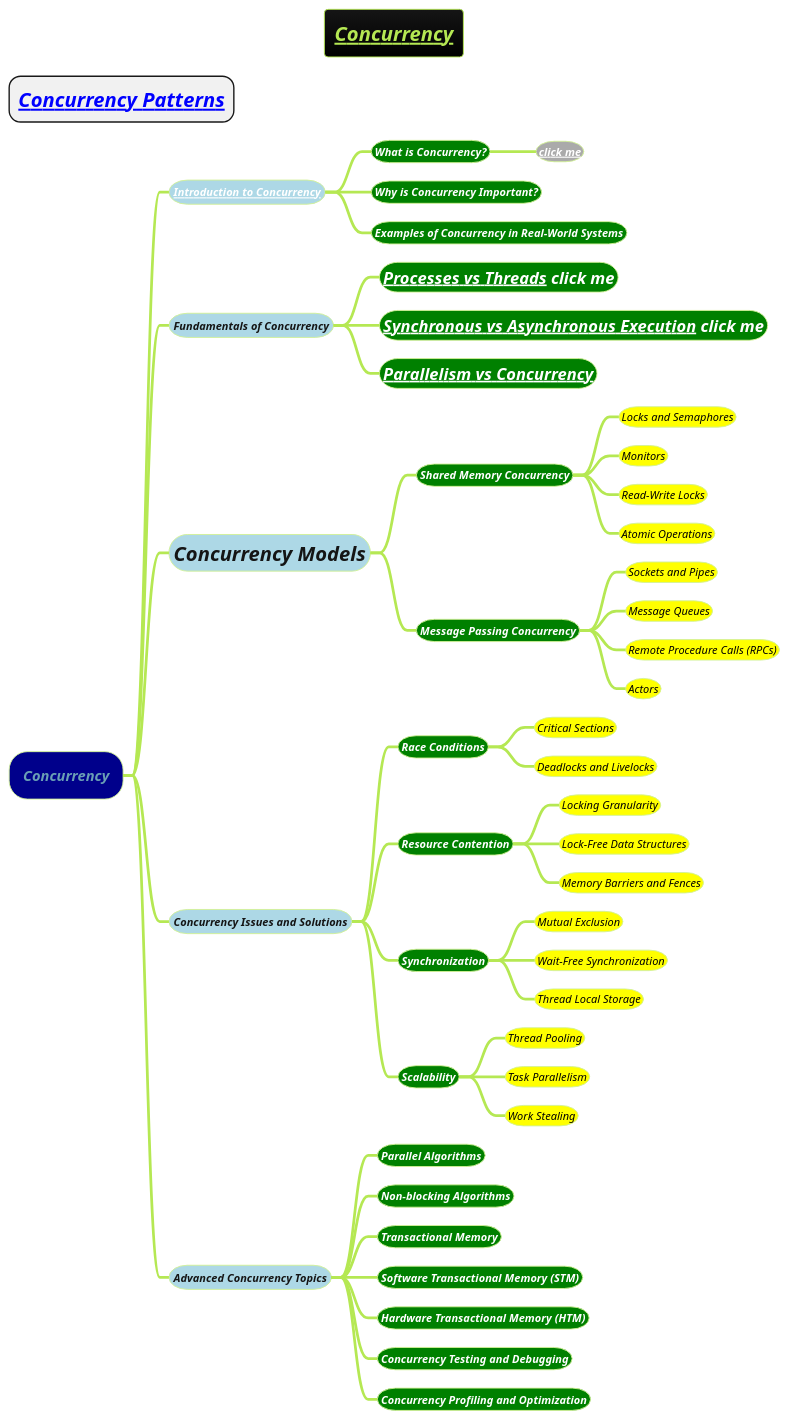
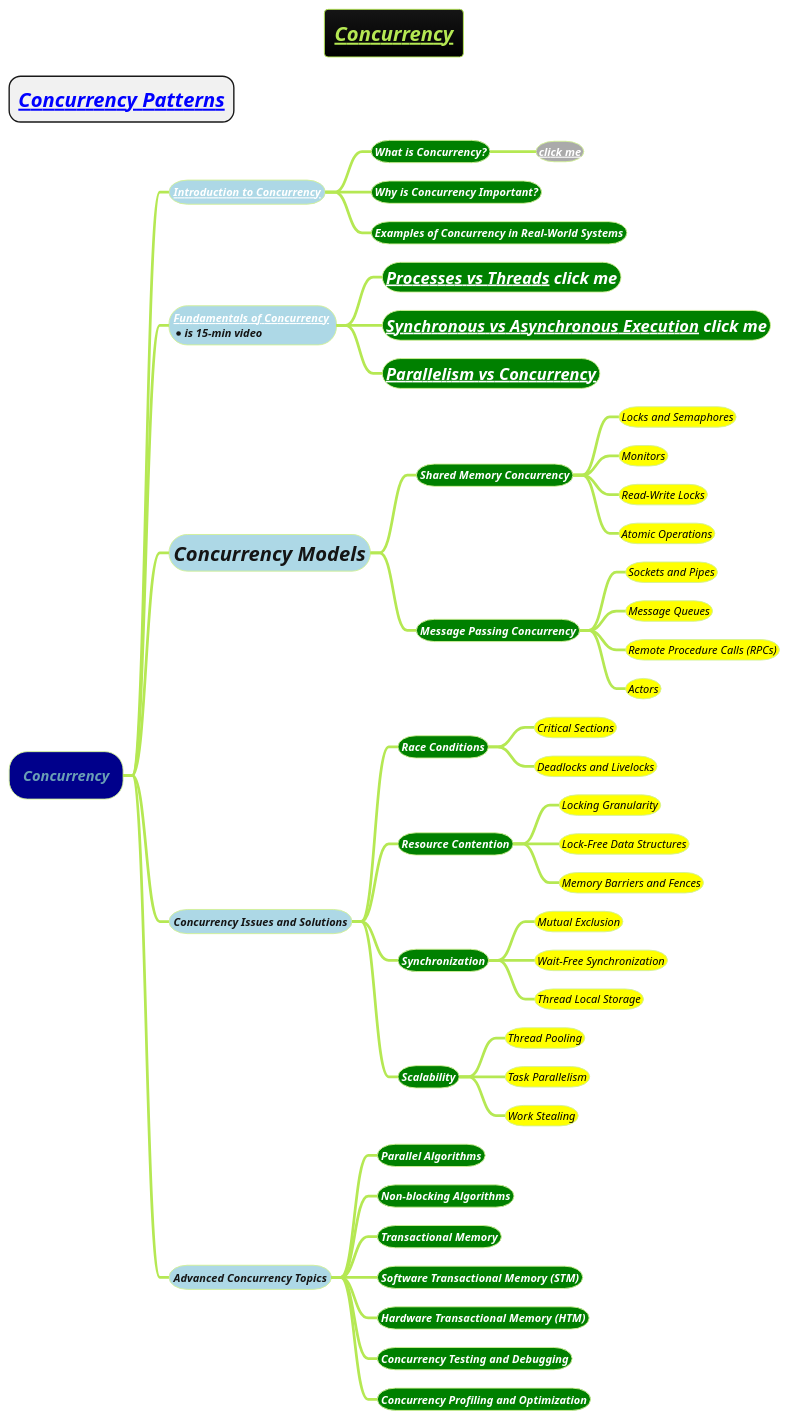
Before and after one commit to MehmoodHashmi/Documentation-as-Code-DaC: the diagram in docs/3-programming-languages/Venkat-Subramaniam/Concurrency-and-Parallelism/Concurrency.puml, drawn with PlantUML. The commit also changed 5 other files, not shown here.

```diff
--- a/docs/3-programming-languages/Venkat-Subramaniam/Concurrency-and-Parallelism/Concurrency.puml
+++ b/docs/3-programming-languages/Venkat-Subramaniam/Concurrency-and-Parallelism/Concurrency.puml
@@ -1,51 +1,51 @@
 @startmindmap
 title =<i><b><u><size:18>Concurrency
 * =<i>[[Concurrency-Patterns.puml Concurrency Patterns]]
 !theme hacker
 
 *[#darkblue] <i>Concurrency
 **[#lightblue] <i><color #blac><size:12>[[docs/3-programming-languages/Venkat-Subramaniam/Concurrency-and-Parallelism/images/img_1.png Introduction to Concurrency]]
 ***[#green] <b><i><color #white><size:12>What is Concurrency?
 ****[#a] <b><i><color #black><size:12>[[docs/3-programming-languages/Venkat-Subramaniam/Concurrency-and-Parallelism/images/img_1.png click me]]
 ***[#green] <b><i><color #white><size:12>Why is Concurrency Important?
 ***[#green] <b><i><color #white><size:12>Examples of Concurrency in Real-World Systems
-**[#lightblue] <i><color #blac><size:12>Fundamentals of Concurrency
+**[#lightblue] <i><color #blac><size:12>[[https://www.youtube.com/watch?v=3X93PnKRNUo&list=LL&index=2&ab_channel=CoreDumped Fundamentals of Concurrency]] \n*<i><color #blac><size:12>is 15-min video
 ***[#green] <b><i><color #white><size:18>[[docs/3-programming-languages/Venkat-Subramaniam/Threads.puml Processes vs Threads]] click me
 ***[#green] <b><i><color #white><size:18>[[docs/3-programming-languages/Venkat-Subramaniam/gif/synchronous-vs-asynchronous.adoc Synchronous vs Asynchronous Execution]] click me
 ***[#green] <b><i><color #white><size:18>[[docs/3-programming-languages/Venkat-Subramaniam/gif/Multi-threading-vs-Multi-processing-programming.adoc Parallelism vs Concurrency]]
 **[#lightblue] <i><color #blac><size:22>Concurrency Models
 ***[#green] <b><i><color #white><size:12>Shared Memory Concurrency
 ****[#yellow] <i><color #black><size:12>Locks and Semaphores
 ****[#yellow] <i><color #black><size:12>Monitors
 ****[#yellow] <i><color #black><size:12>Read-Write Locks
 ****[#yellow] <i><color #black><size:12>Atomic Operations
 ***[#green] <b><i><color #white><size:12>Message Passing Concurrency
 ****[#yellow] <i><color #black><size:12>Sockets and Pipes
 ****[#yellow] <i><color #black><size:12>Message Queues
 ****[#yellow] <i><color #black><size:12>Remote Procedure Calls (RPCs)
 ****[#yellow] <i><color #black><size:12>Actors
 **[#lightblue] <i><color #blac><size:12>Concurrency Issues and Solutions
 ***[#green] <b><i><color #white><size:12>Race Conditions
 ****[#yellow] <i><color #black><size:12>Critical Sections
 ****[#yellow] <i><color #black><size:12>Deadlocks and Livelocks
 ***[#green] <b><i><color #white><size:12>Resource Contention
 ****[#yellow] <i><color #black><size:12>Locking Granularity
 ****[#yellow] <i><color #black><size:12>Lock-Free Data Structures
 ****[#yellow] <i><color #black><size:12>Memory Barriers and Fences
 ***[#green] <b><i><color #white><size:12>Synchronization
 ****[#yellow] <i><color #black><size:12>Mutual Exclusion
 ****[#yellow] <i><color #black><size:12>Wait-Free Synchronization
 ****[#yellow] <i><color #black><size:12>Thread Local Storage
 ***[#green] <b><i><color #white><size:12>Scalability
 ****[#yellow] <i><color #black><size:12>Thread Pooling
 ****[#yellow] <i><color #black><size:12>Task Parallelism
 ****[#yellow] <i><color #black><size:12>Work Stealing
 **[#lightblue] <i><color #blac><size:12>Advanced Concurrency Topics
 ***[#green] <b><i><color #white><size:12>Parallel Algorithms
 ***[#green] <b><i><color #white><size:12>Non-blocking Algorithms
 ***[#green] <b><i><color #white><size:12>Transactional Memory
 ***[#green] <b><i><color #white><size:12>Software Transactional Memory (STM)
 ***[#green] <b><i><color #white><size:12>Hardware Transactional Memory (HTM)
 ***[#green] <b><i><color #white><size:12>Concurrency Testing and Debugging
 ***[#green] <b><i><color #white><size:12>Concurrency Profiling and Optimization
 @endmindmap
```
